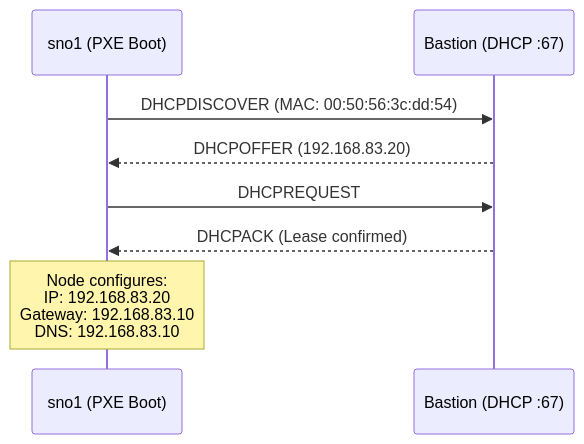
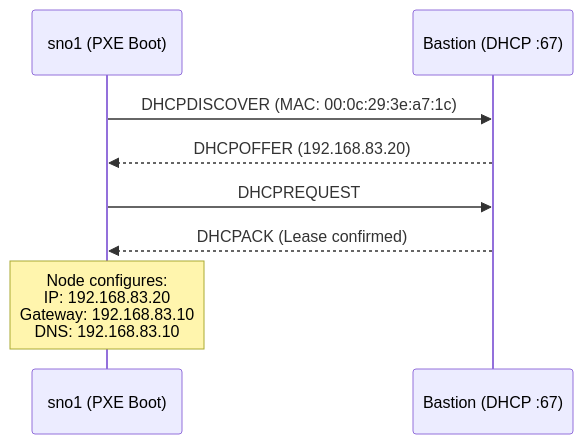
One commit to BasselFaisalEmara/ocp-sno-installation-guide changed the diagram in src/bastion-setup/dhcp.md. Above: the diagram before and after it, drawn with Mermaid. The commit also changed other lines of this file and 9 other files, not shown here.

````diff
--- a/src/bastion-setup/dhcp.md
+++ b/src/bastion-setup/dhcp.md
@@ -13,12 +13,12 @@
 ```mermaid
 sequenceDiagram
     participant SNO as sno1 (PXE Boot)
     participant DHCP as Bastion (DHCP :67)
 
-    SNO->>DHCP: DHCPDISCOVER (MAC: 00:50:56:3c:dd:54)
+    SNO->>DHCP: DHCPDISCOVER (MAC: 00:0c:29:3e:a7:1c)
     DHCP-->>SNO: DHCPOFFER (192.168.83.20)
     SNO->>DHCP: DHCPREQUEST
     DHCP-->>SNO: DHCPACK (Lease confirmed)
 
     Note over SNO: Node configures:<br/>IP: 192.168.83.20<br/>Gateway: 192.168.83.10<br/>DNS: 192.168.83.10
 ```
````
